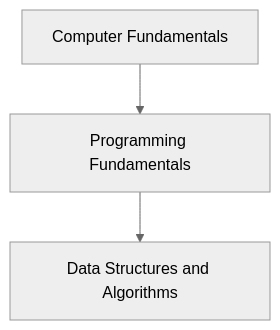
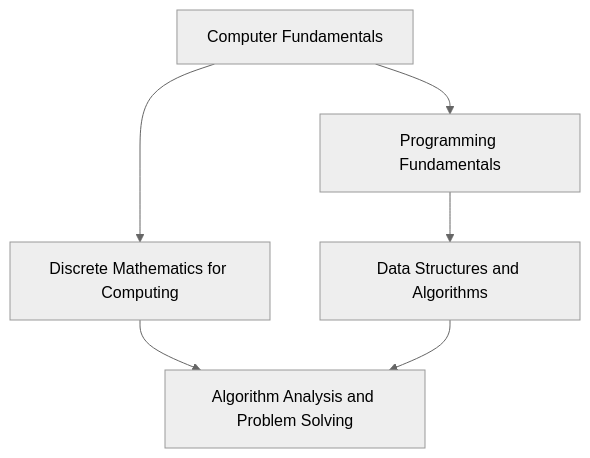
The diagram in 00-foundations/README.md (ro121/start-here), drawn with Mermaid (neutral theme) before and after one commit. The commit also changed other lines of this file and 31 other files, not shown here.

Commit message:
Integrate six roadmap.sh references and fill curriculum gaps

````diff
--- a/00-foundations/README.md
+++ b/00-foundations/README.md
@@ -56,8 +72,13 @@
 ```mermaid
 flowchart TD
     n0["Computer Fundamentals"]
-    n1["Programming Fundamentals"]
-    n2["Data Structures and Algorithms"]
+    n1["Discrete Mathematics for Computing"]
+    n2["Programming Fundamentals"]
+    n3["Data Structures and Algorithms"]
+    n4["Algorithm Analysis and Problem Solving"]
     n0 --> n1
-    n1 --> n2
+    n0 --> n2
+    n2 --> n3
+    n1 --> n4
+    n3 --> n4
 ```
````
